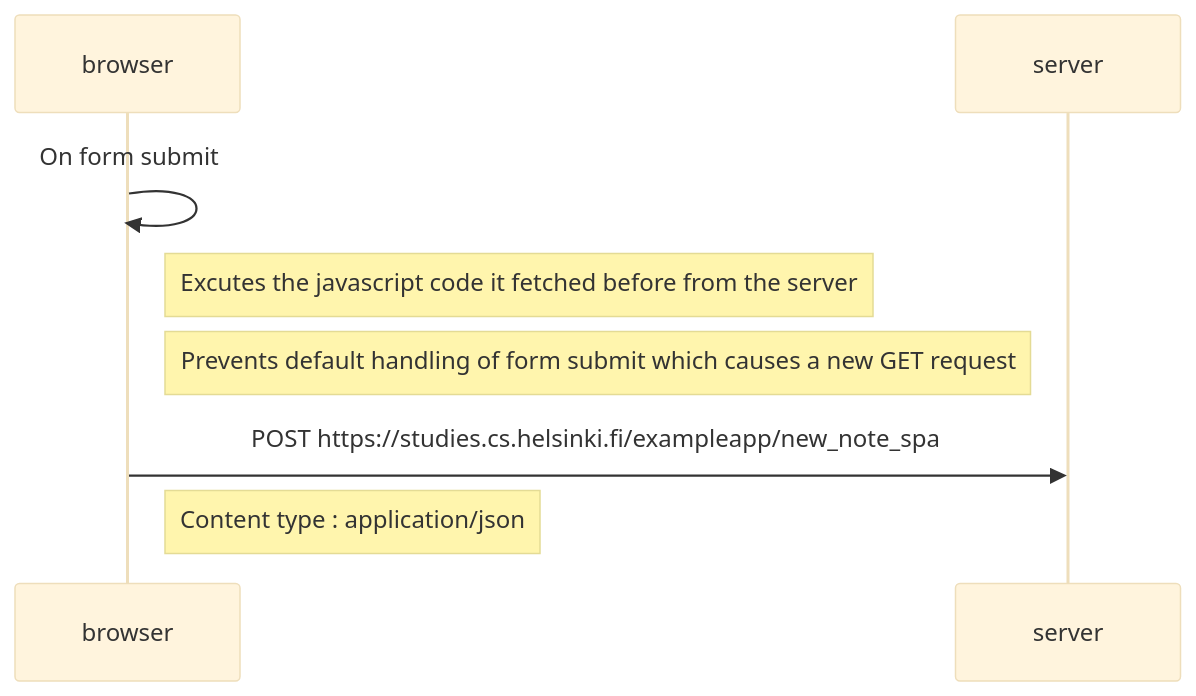
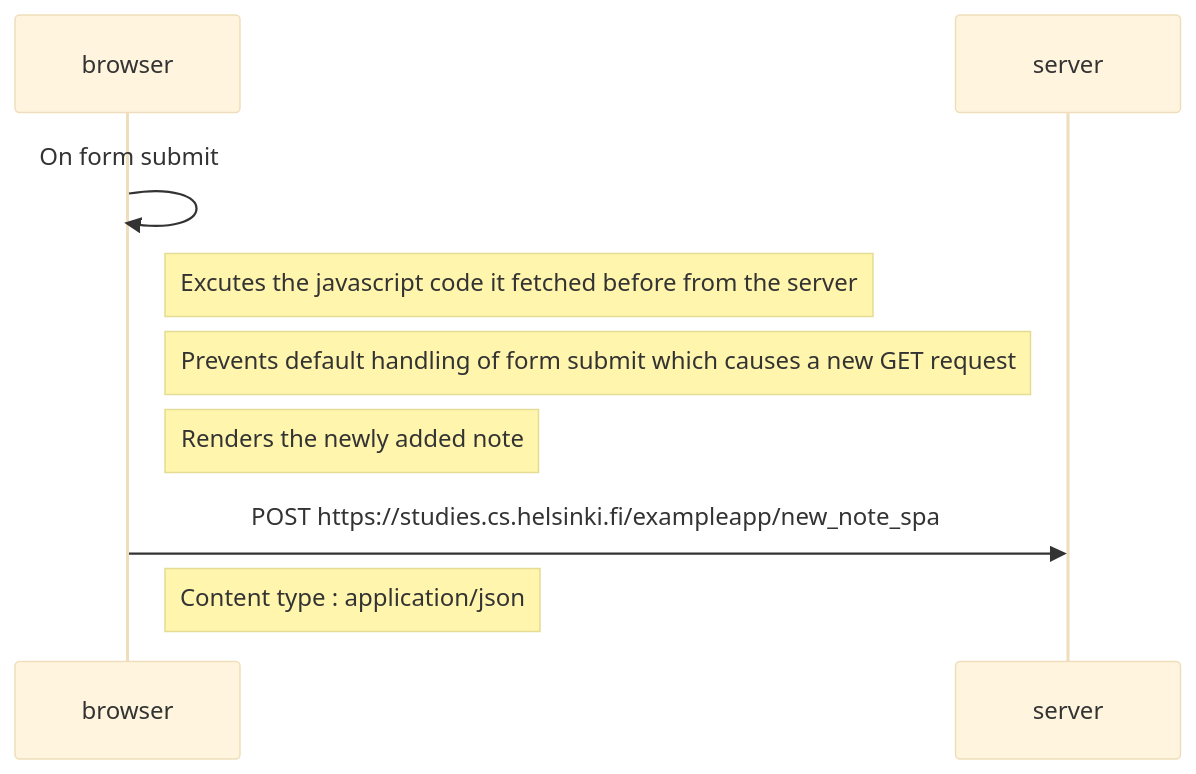
One commit to sponge-24/fullstack changed the diagram in part0/new_note_diagram/new_note_spa_diagram.md. Above: the diagram before and after it, drawn with Mermaid (base theme).

Commit message:
uodate to exercise 0.6

````diff
--- a/part0/new_note_diagram/new_note_spa_diagram.md
+++ b/part0/new_note_diagram/new_note_spa_diagram.md
@@ -1,11 +1,12 @@
 ```mermaid
 sequenceDiagram
     participant browser
     participant server
 
     browser->>browser: On form submit 
     Note right of browser: Excutes the javascript code it fetched before from the server
     Note right of browser: Prevents default handling of form submit which causes a new GET request
+    Note right of browser: Renders the newly added note
     browser->>server: POST https://studies.cs.helsinki.fi/exampleapp/new_note_spa
     Note right of browser: Content type : application/json
 ```
````
